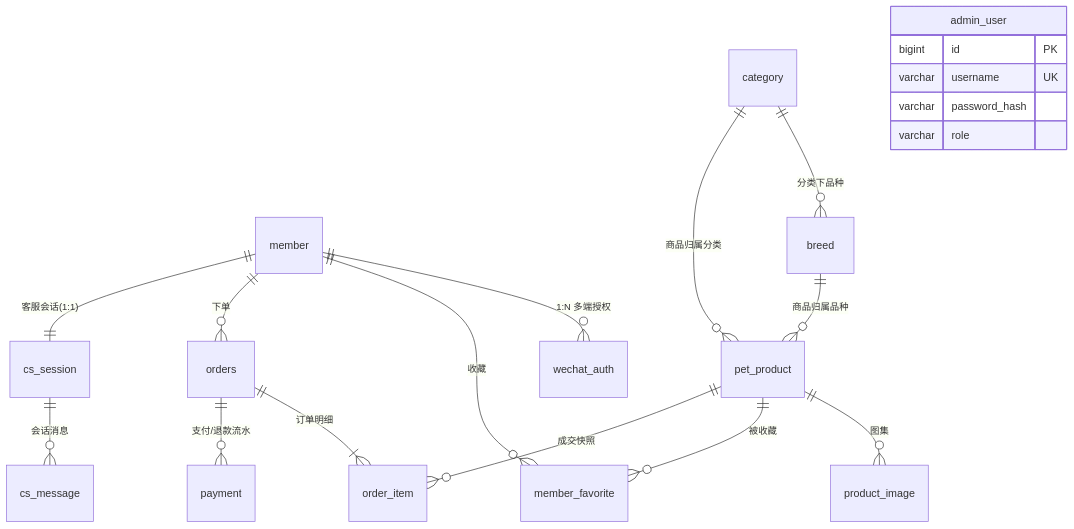
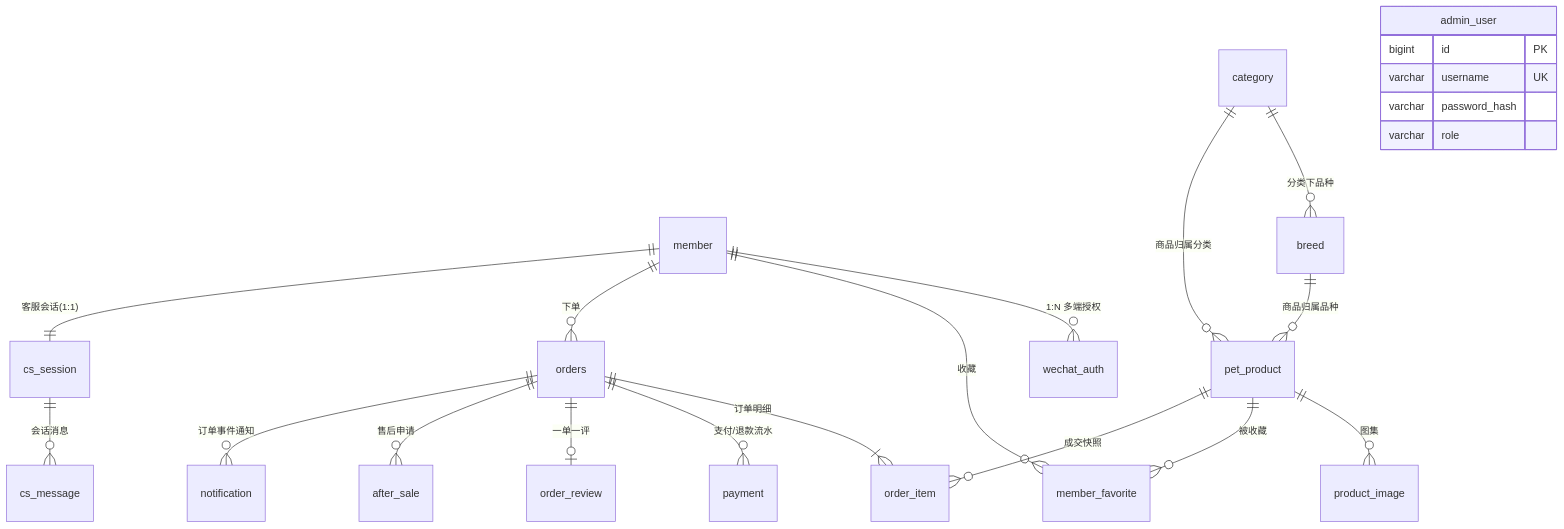
One commit to zhangtangzhao/pet-web changed the diagram in docs/03-数据库设计.md. Above: the diagram before and after it, drawn with Mermaid. The commit also changed other lines of this file and 60 other files, not shown here.

````diff
--- a/docs/03-数据库设计.md
+++ b/docs/03-数据库设计.md
@@ -19,25 +19,28 @@
 ```mermaid
 erDiagram
     member ||--o{ wechat_auth : "1:N 多端授权"
     member ||--o{ member_favorite : "收藏"
     member ||--o{ orders : "下单"
     member ||--|| cs_session : "客服会话(1:1)"
 
     category ||--o{ breed : "分类下品种"
     category ||--o{ pet_product : "商品归属分类"
     breed ||--o{ pet_product : "商品归属品种"
     pet_product ||--o{ product_image : "图集"
     pet_product ||--o{ member_favorite : "被收藏"
     pet_product ||--o{ order_item : "成交快照"
 
     orders ||--|{ order_item : "订单明细"
     orders ||--o{ payment : "支付/退款流水"
+    orders ||--o| order_review : "一单一评"
+    orders ||--o{ after_sale : "售后申请"
+    orders ||--o{ notification : "订单事件通知"
     cs_session ||--o{ cs_message : "会话消息"
 
     admin_user {
         bigint id PK
         varchar username UK
         varchar password_hash
         varchar role
     }
 ```
````
